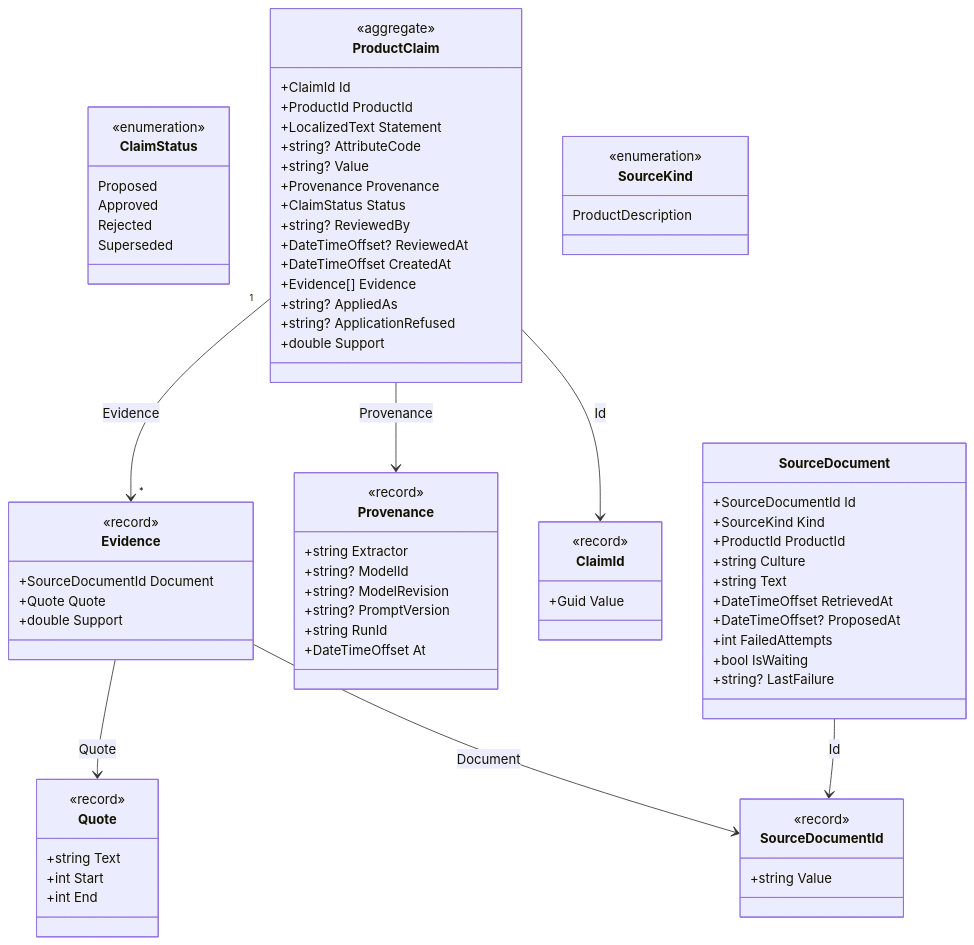
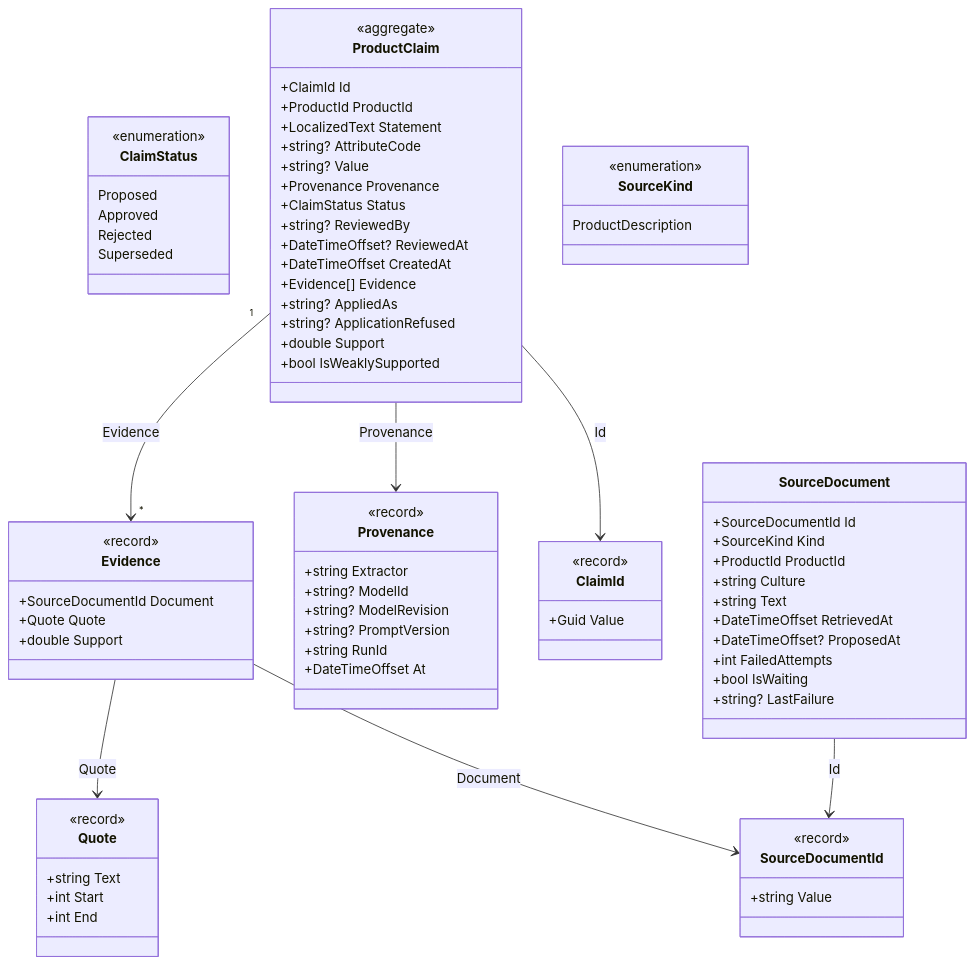
One commit to juanluelguerre/tendero changed diagram 12 of 13 in docs/domain-model.md. Above: the diagram before and after it, drawn with Mermaid. The commit also changed 70 other files, not shown here.

````diff
--- a/docs/domain-model.md
+++ b/docs/domain-model.md
@@ -756,78 +756,79 @@
 ```mermaid
 classDiagram
     class ClaimId {
         <<record>>
         +Guid Value
     }
     class ClaimStatus {
         <<enumeration>>
         Proposed
         Approved
         Rejected
         Superseded
     }
     class Evidence {
         <<record>>
         +SourceDocumentId Document
         +Quote Quote
         +double Support
     }
     class ProductClaim {
         <<aggregate>>
         +ClaimId Id
         +ProductId ProductId
         +LocalizedText Statement
         +string? AttributeCode
         +string? Value
         +Provenance Provenance
         +ClaimStatus Status
         +string? ReviewedBy
         +DateTimeOffset? ReviewedAt
         +DateTimeOffset CreatedAt
         +Evidence[] Evidence
         +string? AppliedAs
         +string? ApplicationRefused
         +double Support
+        +bool IsWeaklySupported
     }
     class Provenance {
         <<record>>
         +string Extractor
         +string? ModelId
         +string? ModelRevision
         +string? PromptVersion
         +string RunId
         +DateTimeOffset At
     }
     class Quote {
         <<record>>
         +string Text
         +int Start
         +int End
     }
     class SourceDocument {
         +SourceDocumentId Id
         +SourceKind Kind
         +ProductId ProductId
         +string Culture
         +string Text
         +DateTimeOffset RetrievedAt
         +DateTimeOffset? ProposedAt
         +int FailedAttempts
         +bool IsWaiting
         +string? LastFailure
     }
     class SourceDocumentId {
         <<record>>
         +string Value
     }
     class SourceKind {
         <<enumeration>>
         ProductDescription
     }
     Evidence --> SourceDocumentId : Document
     Evidence --> Quote : Quote
     ProductClaim --> ClaimId : Id
     ProductClaim --> Provenance : Provenance
     ProductClaim "1" --> "*" Evidence : Evidence
     SourceDocument --> SourceDocumentId : Id
 ```
````
